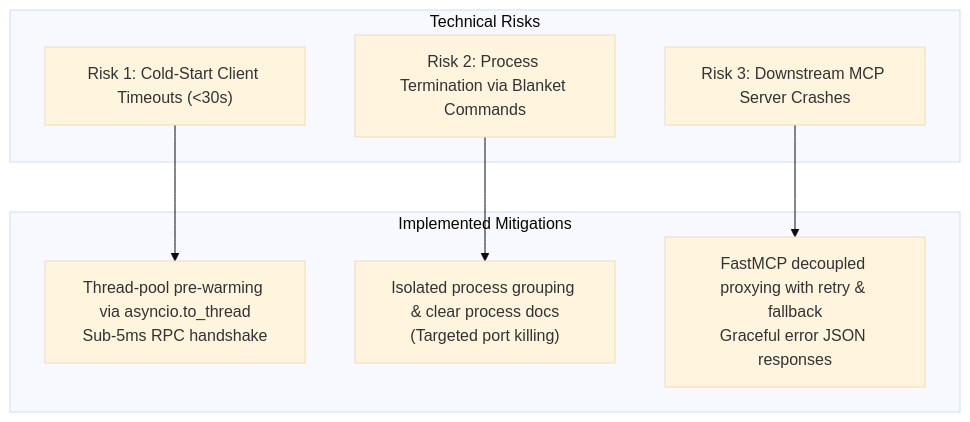
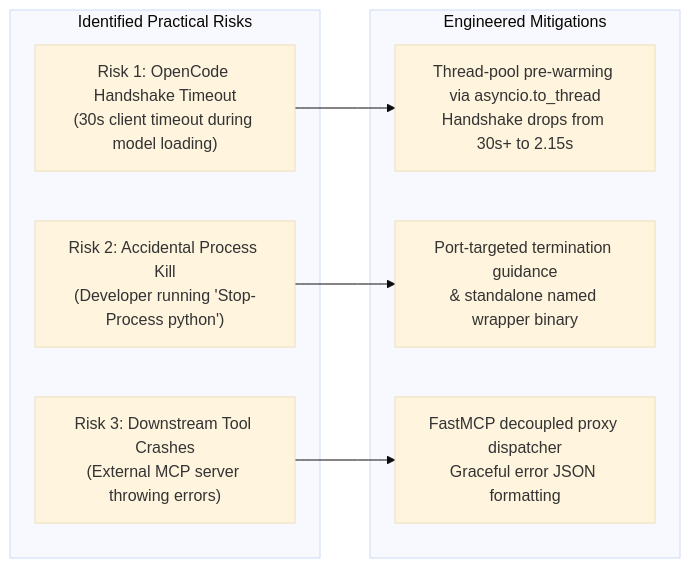
One commit to PatilSharvil/MCP-Orchestrator changed the second of 3 diagrams in ACTIVITY_2_FINANCIAL_EVALUATION_REPORT.md. Above: the diagram before and after it, drawn with Mermaid (base theme). The commit also changed other lines of this file and 2 other files, not shown here.

````diff
--- a/ACTIVITY_2_FINANCIAL_EVALUATION_REPORT.md
+++ b/ACTIVITY_2_FINANCIAL_EVALUATION_REPORT.md
@@ -153,18 +146,18 @@
 ```mermaid
-graph TD
-    subgraph TechnicalRisks["Technical Risks"]
-        R1["Risk 1: Cold-Start Client Timeouts (<30s)"]
-        R2["Risk 2: Process Termination via Blanket Commands"]
-        R3["Risk 3: Downstream MCP Server Crashes"]
+graph LR
+    subgraph IdentifiedRisks["Identified Practical Risks"]
+        R1["Risk 1: OpenCode Handshake Timeout\n(30s client timeout during model loading)"]
+        R2["Risk 2: Accidental Process Kill\n(Developer running 'Stop-Process python')"]
+        R3["Risk 3: Downstream Tool Crashes\n(External MCP server throwing errors)"]
     end
 
-    subgraph Mitigations["Implemented Mitigations"]
-        M1["Thread-pool pre-warming via asyncio.to_thread\nSub-5ms RPC handshake"]
-        M2["Isolated process grouping & clear process docs\n(Targeted port killing)"]
-        M3["FastMCP decoupled proxying with retry & fallback\nGraceful error JSON responses"]
+    subgraph Solutions["Engineered Mitigations"]
+        M1["Thread-pool pre-warming via asyncio.to_thread\nHandshake drops from 30s+ to 2.15s"]
+        M2["Port-targeted termination guidance\n& standalone named wrapper binary"]
+        M3["FastMCP decoupled proxy dispatcher\nGraceful error JSON formatting"]
     end
 
     R1 --> M1
     R2 --> M2
     R3 --> M3
 ```
````
